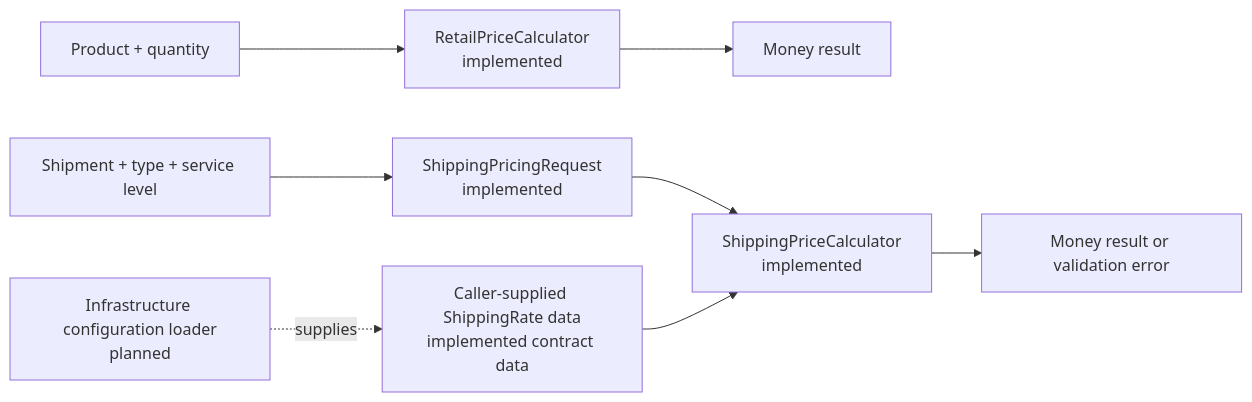
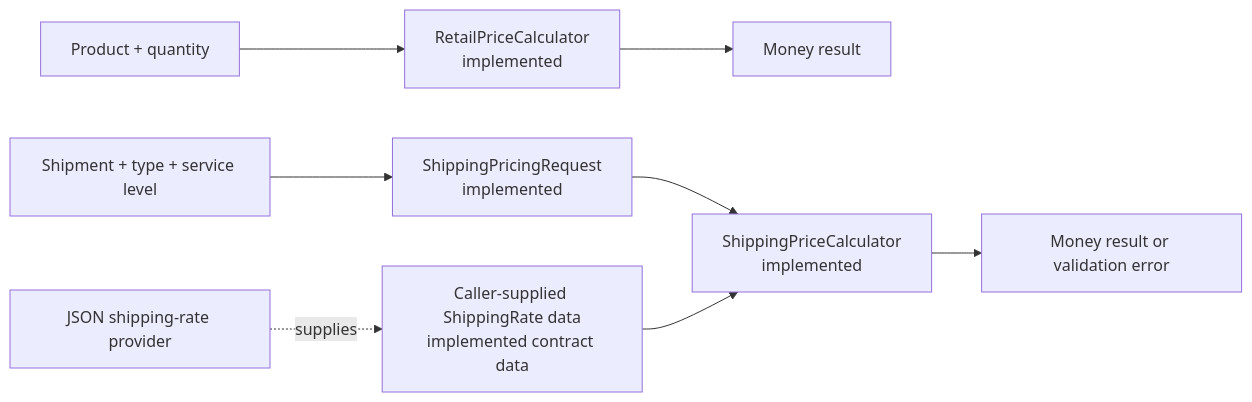
The fourth of 27 diagrams in DESIGN.md (NarendraDappili/ApexPostLogisticsRepo), drawn with Mermaid before and after one commit. The commit also changed other lines of this file and 10 other files, not shown here.

Commit message:
docs: complete ApexPost architecture and delivery documentation

````diff
--- a/DESIGN.md
+++ b/DESIGN.md
@@ -67,10 +68,10 @@
 ```mermaid
 flowchart LR
     Product[Product + quantity] --> Retail[RetailPriceCalculator<br/>implemented]
     Retail --> RetailPrice[Money result]
     Shipment[Shipment + type + service level] --> Request[ShippingPricingRequest<br/>implemented]
     Request --> Shipping[ShippingPriceCalculator<br/>implemented]
     Rates[Caller-supplied ShippingRate data<br/>implemented contract data] --> Shipping
     Shipping --> ShippingPrice[Money result or validation error]
-    PlannedConfig[Infrastructure configuration loader<br/>planned] -. supplies .-> Rates
+    Config[JSON shipping-rate provider] -. supplies .-> Rates
 ```
````
